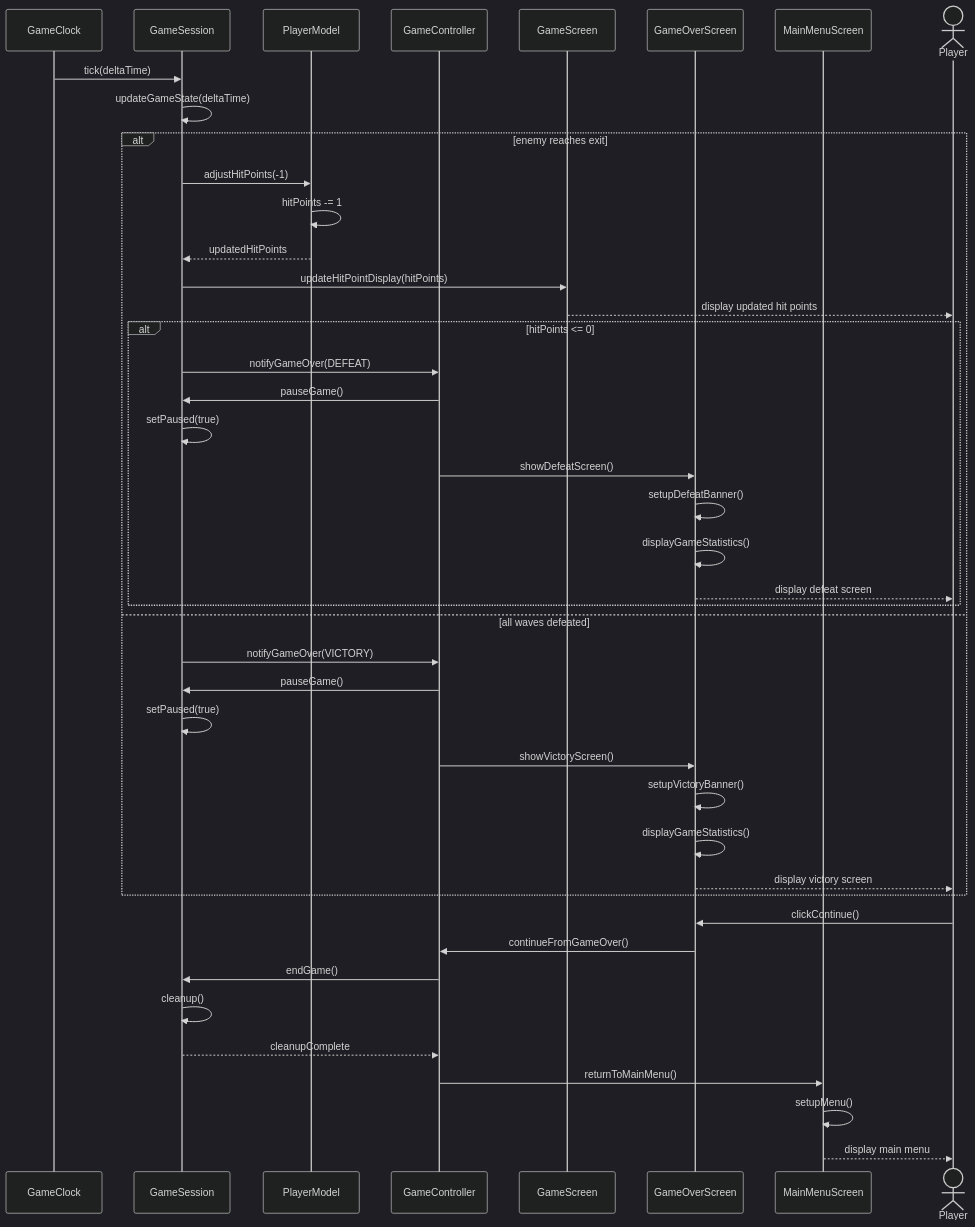
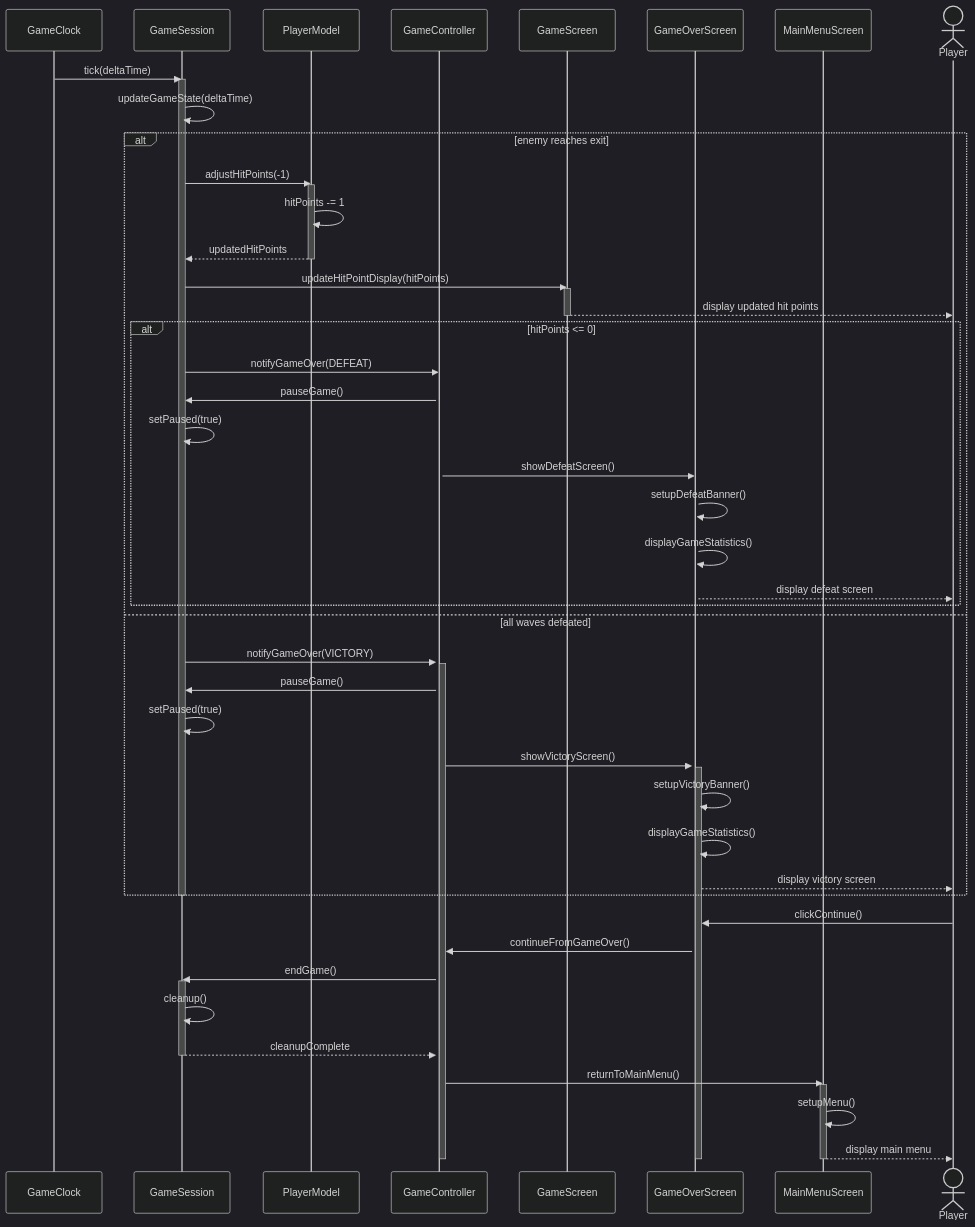
The diagram in D1-artifacts/sequence_diagrams/SD_GameOver.md (EYErbil/KuTowerDefense), drawn with Mermaid (dark theme) before and after one commit. The commit also changed 10 other files, not shown here.

Commit message:
ADD : execution specification for sequence diagrams

````diff
--- a/D1-artifacts/sequence_diagrams/SD_GameOver.md
+++ b/D1-artifacts/sequence_diagrams/SD_GameOver.md
@@ -3,54 +3,70 @@
 ```mermaid
 sequenceDiagram
     participant GameClock
     participant GameSession
     participant PlayerModel
     participant GameController
     participant GameScreen
     participant GameOverScreen
     participant MainMenuScreen
     actor Player
 
     GameClock->>GameSession: tick(deltaTime)
+    activate GameSession
     GameSession->>GameSession: updateGameState(deltaTime)
     
     alt enemy reaches exit
         GameSession->>PlayerModel: adjustHitPoints(-1)
+        activate PlayerModel
         PlayerModel->>PlayerModel: hitPoints -= 1
         PlayerModel-->>GameSession: updatedHitPoints
+        deactivate PlayerModel
         
         GameSession->>GameScreen: updateHitPointDisplay(hitPoints)
+        activate GameScreen
         GameScreen-->>Player: display updated hit points
+        deactivate GameScreen
         
         alt hitPoints <= 0
             GameSession->>GameController: notifyGameOver(DEFEAT)
+            activate GameController
             GameController->>GameSession: pauseGame()
             GameSession->>GameSession: setPaused(true)
             
             GameController->>GameOverScreen: showDefeatScreen()
+            activate GameOverScreen
             GameOverScreen->>GameOverScreen: setupDefeatBanner()
             GameOverScreen->>GameOverScreen: displayGameStatistics()
             GameOverScreen-->>Player: display defeat screen
         end
     else all waves defeated
         GameSession->>GameController: notifyGameOver(VICTORY)
+        activate GameController
         GameController->>GameSession: pauseGame()
         GameSession->>GameSession: setPaused(true)
         
         GameController->>GameOverScreen: showVictoryScreen()
+        activate GameOverScreen
         GameOverScreen->>GameOverScreen: setupVictoryBanner()
         GameOverScreen->>GameOverScreen: displayGameStatistics()
         GameOverScreen-->>Player: display victory screen
     end
+    deactivate GameSession
     
     Player->>GameOverScreen: clickContinue()
     GameOverScreen->>GameController: continueFromGameOver()
     
     GameController->>GameSession: endGame()
+    activate GameSession
     GameSession->>GameSession: cleanup()
     GameSession-->>GameController: cleanupComplete
+    deactivate GameSession
     
     GameController->>MainMenuScreen: returnToMainMenu()
+    activate MainMenuScreen
     MainMenuScreen->>MainMenuScreen: setupMenu()
     MainMenuScreen-->>Player: display main menu
+    deactivate MainMenuScreen
+    deactivate GameController
+    deactivate GameOverScreen
 ``` 
````
